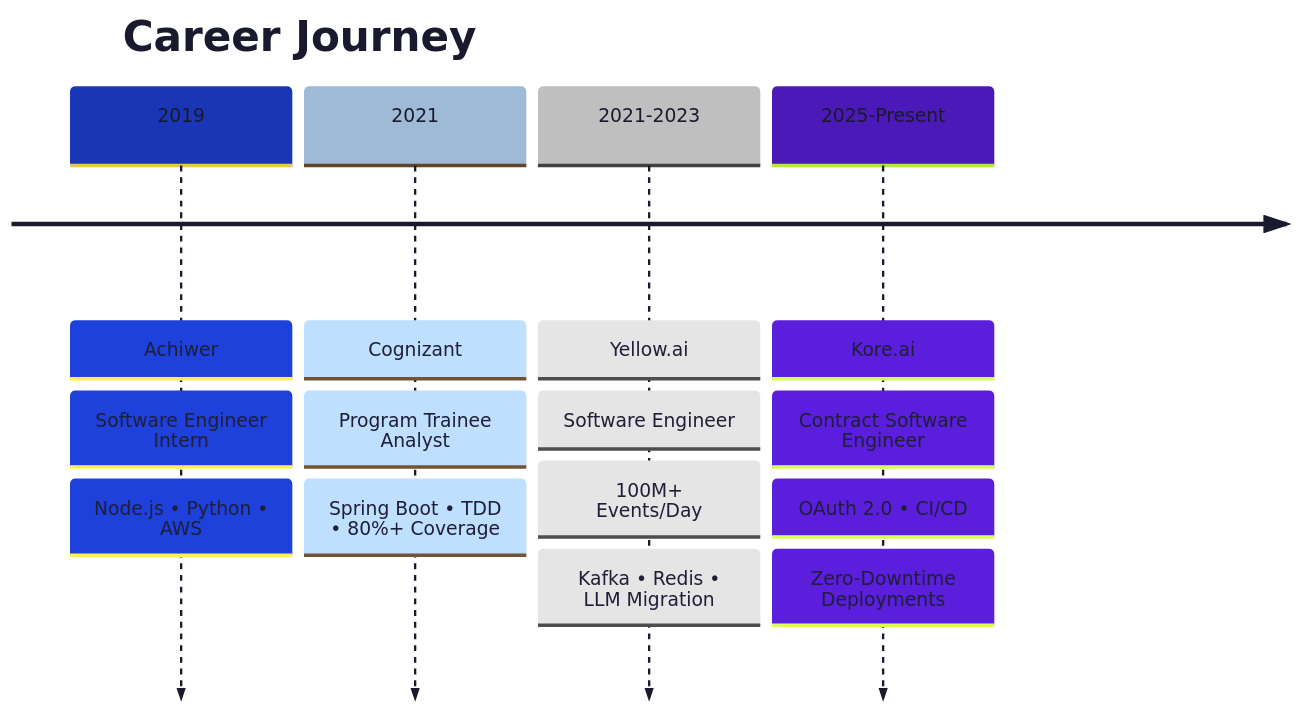
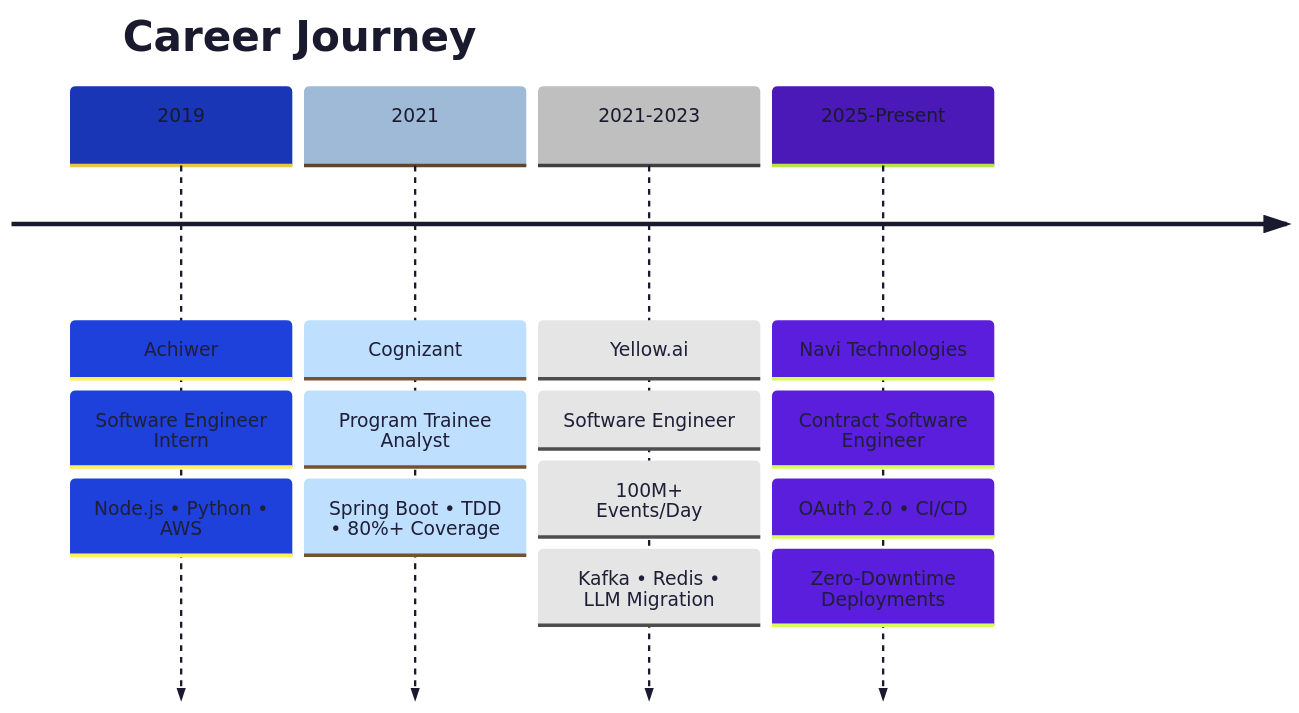
The first of 2 diagrams in README.md (Manishrdy/manishrdy), drawn with Mermaid before and after one commit. The commit also changed other lines of this file and 1 other file, not shown here.

````diff
--- a/README.md
+++ b/README.md
@@ -207,23 +207,23 @@
 ```mermaid
 %%{init: {'theme': 'base', 'themeVariables': { 'primaryColor': '#667eea', 'primaryTextColor': '#1a1a2e', 'primaryBorderColor': '#764ba2', 'lineColor': '#667eea', 'secondaryColor': '#f8fafc', 'tertiaryColor': '#ffffff'}}}%%
 timeline
     title Career Journey
     
     2019 : Achiwer
          : Software Engineer Intern
          : Node.js • Python • AWS
     
     2021 : Cognizant
          : Program Trainee Analyst
          : Spring Boot • TDD • 80%+ Coverage
     
     2021-2023 : Yellow.ai
                : Software Engineer
                : 100M+ Events/Day
                : Kafka • Redis • LLM Migration
     
-    2025-Present : Kore.ai
+    2025-Present : Navi Technologies
                  : Contract Software Engineer
                  : OAuth 2.0 • CI/CD
                  : Zero-Downtime Deployments
 ```
````
